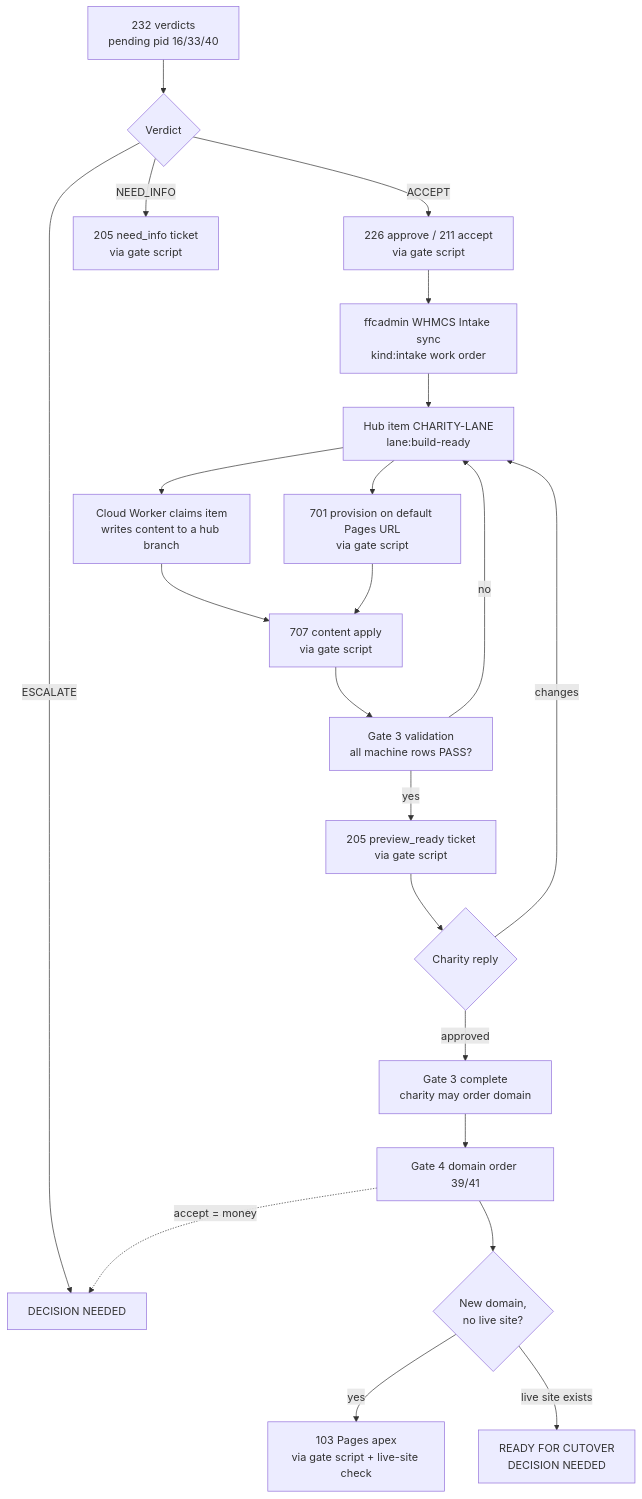
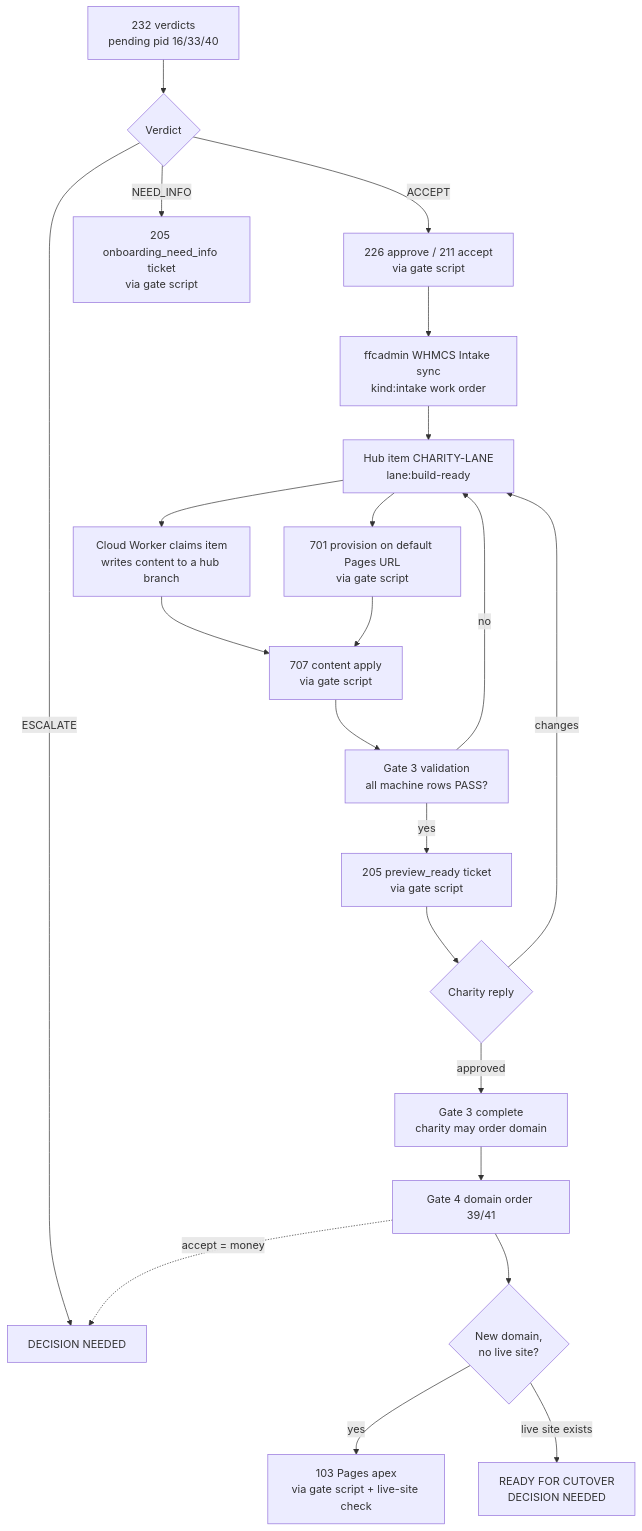
The diagram in docs/charity-lane-pipeline.md (FreeForCharity/FFC-Cloudflare-Automation), drawn with Mermaid before and after one commit. The commit also changed other lines of this file, not shown here.

````diff
--- a/docs/charity-lane-pipeline.md
+++ b/docs/charity-lane-pipeline.md
@@ -56,24 +56,24 @@
 ```mermaid
 flowchart TD
   A[232 verdicts<br/>pending pid 16/33/40] --> B{Verdict}
   B -- ACCEPT --> C[226 approve / 211 accept<br/>via gate script]
-  B -- NEED_INFO --> N[205 need_info ticket<br/>via gate script]
+  B -- NEED_INFO --> N[205 onboarding_need_info ticket<br/>via gate script]
   B -- ESCALATE --> X[DECISION NEEDED]
   C --> D[ffcadmin WHMCS Intake sync<br/>kind:intake work order]
   D --> Q[Hub item CHARITY-LANE<br/>lane:build-ready]
   Q --> F[701 provision on default Pages URL<br/>via gate script]
   Q --> W[Cloud Worker claims item<br/>writes content to a hub branch]
   W --> G[707 content apply<br/>via gate script]
   F --> G
   G --> H[Gate 3 validation<br/>all machine rows PASS?]
   H -- no --> Q
   H -- yes --> I[205 preview_ready ticket<br/>via gate script]
   I --> J{Charity reply}
   J -- changes --> Q
   J -- approved --> K[Gate 3 complete<br/>charity may order domain]
   K --> L[Gate 4 domain order 39/41]
   L -. accept = money .-> X
   L --> M{New domain,<br/>no live site?}
   M -- yes --> O[103 Pages apex<br/>via gate script + live-site check]
   M -- live site exists --> P[READY FOR CUTOVER<br/>DECISION NEEDED]
 ```
````
